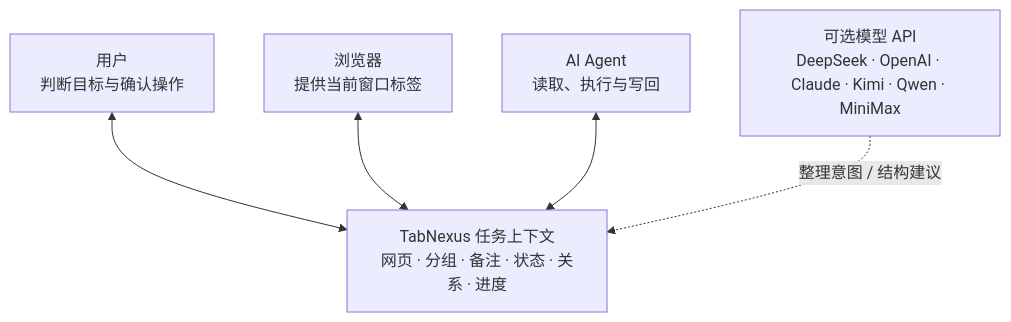
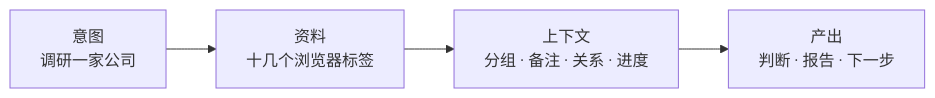
The first of 3 diagrams in README.md (KaichenCurry/TabNexus), drawn with Mermaid before and after one commit. The commit also changed other lines of this file and 1 other file, not shown here.

Commit message:
Clarify TabNexus product story and onboarding (#14)

````diff
--- a/README.md
+++ b/README.md
@@ -65,8 +36,6 @@
 ```mermaid
-flowchart TB
-    Context["TabNexus 任务上下文<br/>网页 · 分组 · 备注 · 状态 · 关系 · 进度"]
-    User["用户<br/>判断目标与确认操作"] <--> Context
-    Browser["浏览器<br/>提供当前窗口标签"] <--> Context
-    Agent["AI Agent<br/>读取、执行与写回"] <--> Context
-    Model["可选模型 API<br/>DeepSeek · OpenAI · Claude · Kimi · Qwen · MiniMax"] -. "整理意图 / 结构建议" .-> Context
+flowchart LR
+    Intent["意图<br/>调研一家公司"] --> Tabs["资料<br/>十几个浏览器标签"]
+    Tabs --> Context["上下文<br/>分组 · 备注 · 关系 · 进度"]
+    Context --> Output["产出<br/>判断 · 报告 · 下一步"]
 ```
````
